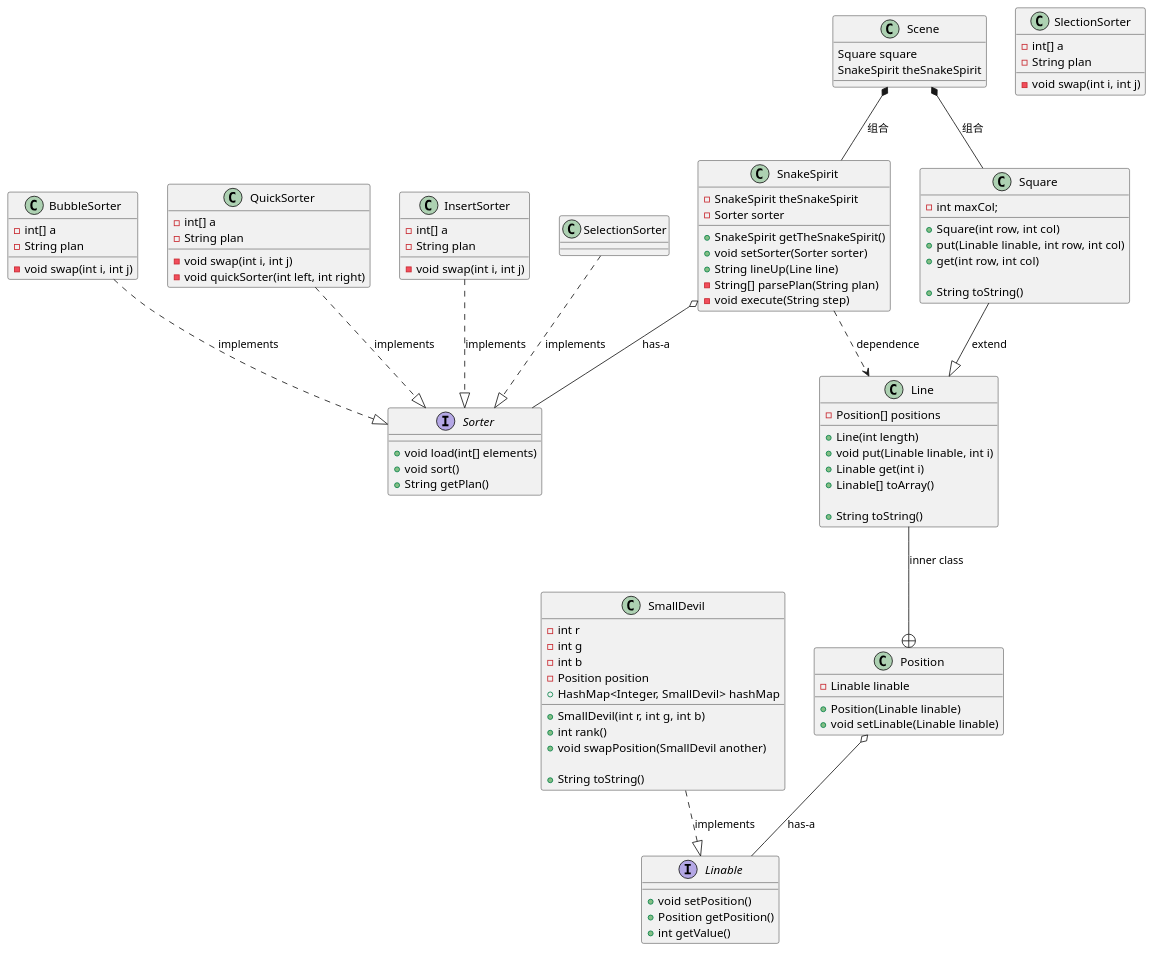
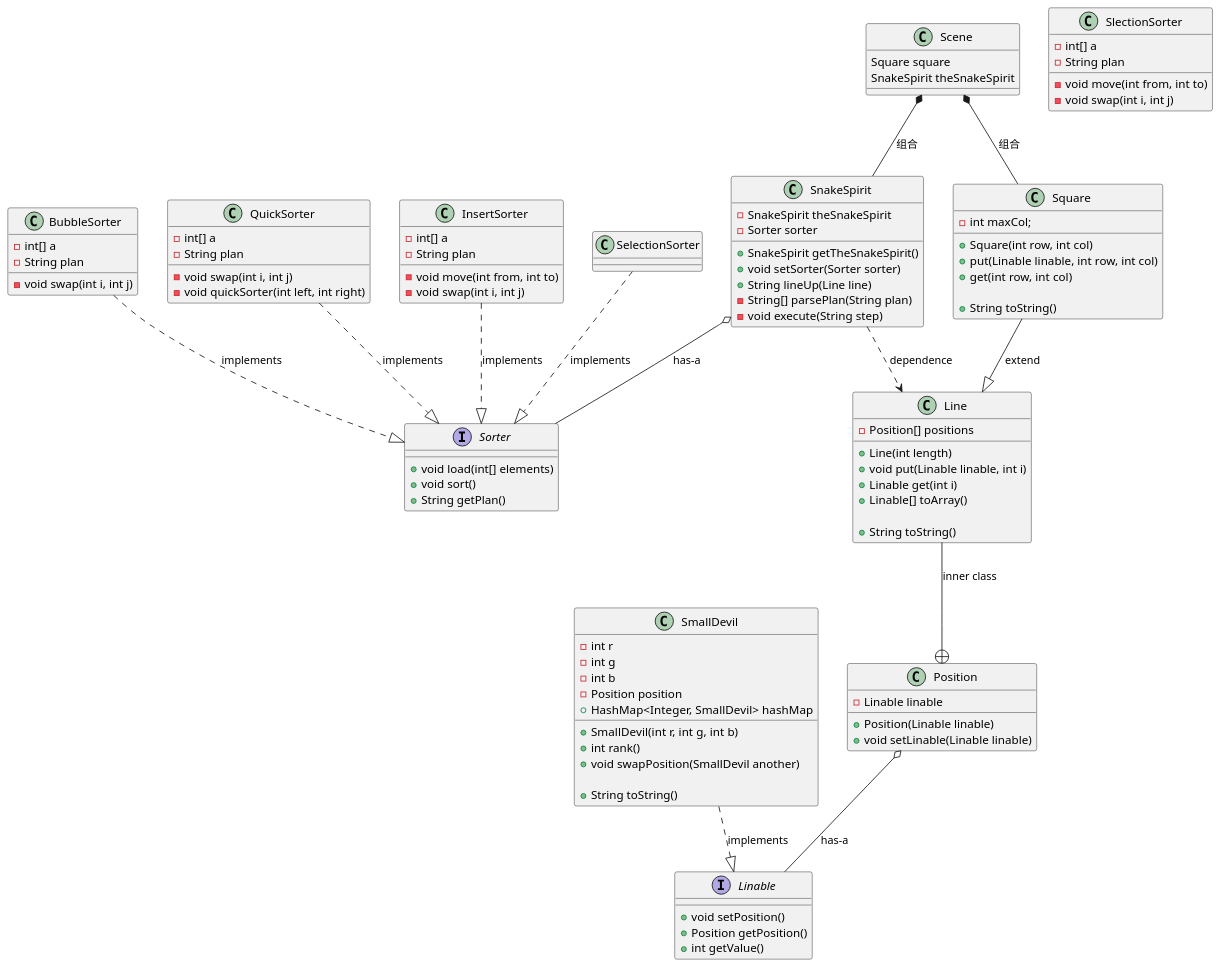
The diagram in j02/characters3.pu (JOJO-Young/PUBLIC), drawn with PlantUML before and after one commit. The commit also changed 1 other file, not shown here.

```diff
--- a/j02/characters3.pu
+++ b/j02/characters3.pu
@@ -1,121 +1,123 @@
 @startuml
 class Line{
 
     -Position[] positions
 
     +Line(int length)
     +void put(Linable linable, int i)
     +Linable get(int i)
     +Linable[] toArray()
 
     +String toString()
 }
 
 Class Position{
 
     -Linable linable
 
     +Position(Linable linable)
     +void setLinable(Linable linable)
 }
 
 Interface Linable{
     
     +void setPosition()
     +Position getPosition()
     +int getValue()
 }
 
 Interface Sorter{
     
     +void load(int[] elements)
     +void sort()
     +String getPlan()
 }
 Class SmallDevil{
 
     -int r
     -int g
     -int b
     -Position position
     +HashMap<Integer, SmallDevil> hashMap
 
     +SmallDevil(int r, int g, int b)
     +int rank()
     +void swapPosition(SmallDevil another)
 
     +String toString()
 }
 
 Class BubbleSorter{
 
     -int[] a
     -String plan
 
     -void swap(int i, int j)
 }
 
 Class QuickSorter{
 
     -int[] a
     -String plan
     
     -void swap(int i, int j)
     -void quickSorter(int left, int right)
 }
 
 Class InsertSorter{
     -int[] a
     -String plan
 
+    -void move(int from, int to)
     -void swap(int i, int j)
 }
 
 Class SlectionSorter{
     -int[] a
     -String plan
 
+    -void move(int from, int to)
     -void swap(int i, int j)
 }
  
 Class SnakeSpirit{
 
     -SnakeSpirit theSnakeSpirit
     -Sorter sorter
     
     +SnakeSpirit getTheSnakeSpirit()
     +void setSorter(Sorter sorter)
     +String lineUp(Line line)
     -String[] parsePlan(String plan)
     -void execute(String step)
 }
 
 Class Scene{
 
     Square square 
     SnakeSpirit theSnakeSpirit
 }
 
 Class Square{
 
     -int maxCol;
 
     +Square(int row, int col)
     +put(Linable linable, int row, int col)
     +get(int row, int col)
 
     +String toString()
 }
 Square --|> Line : extend
 Scene *-- Square : 组合
 Scene *-- SnakeSpirit : 组合
 SnakeSpirit ..> Line : dependence
 Line --+ Position: inner class
 SmallDevil ..|> Linable : implements
 BubbleSorter ..|> Sorter : implements
 QuickSorter ..|> Sorter : implements
 InsertSorter ..|> Sorter : implements
 SelectionSorter ..|> Sorter : implements
 Position o-- Linable : has-a
 SnakeSpirit o-- Sorter : has-a
 @enduml
```
